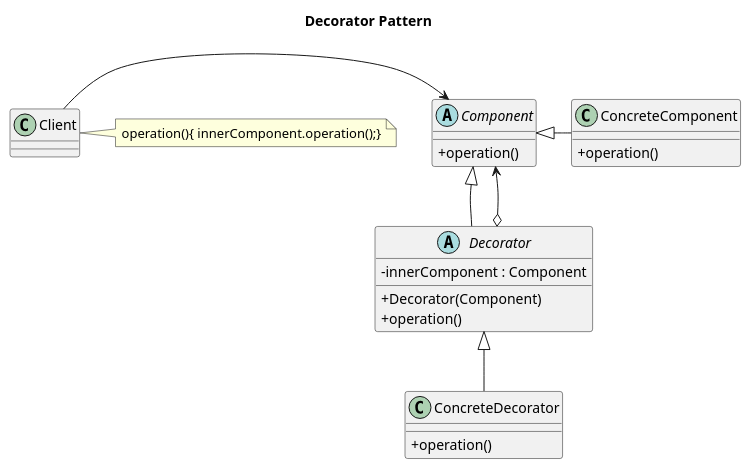
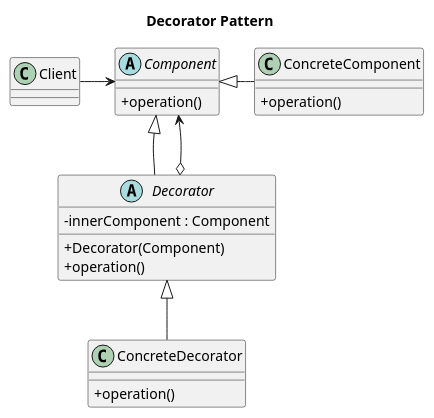
Before and after one commit to elmarkrainz/msd18-swdesign-despat: the diagram in src/main/java/at/fhj/msd/swdesign/decorator/decorator.puml, drawn with PlantUML. The commit also changed 11 other files, not shown here.

```diff
--- a/src/main/java/at/fhj/msd/swdesign/decorator/decorator.puml
+++ b/src/main/java/at/fhj/msd/swdesign/decorator/decorator.puml
@@ -1,38 +1,37 @@
 @startuml
 
 
 
 skinparam classAttributeIconSize 0
 title Decorator Pattern
 
 
 abstract class Component
 class ConcreteComponent
 abstract class Decorator
 class ConcreteDecorator
 
 
 Component : + operation()
 
 
 Component <|- ConcreteComponent
 Client -> Component
 
 Decorator : - innerComponent : Component
 Decorator : + Decorator(Component)
 Decorator : + operation()
 
-note right: operation(){ innerComponent.operation();}
 
 
 ConcreteDecorator : + operation()
 ConcreteComponent : + operation()
 
 Component <|-- Decorator
 
 Decorator <|-- ConcreteDecorator
 Component <--o Decorator
 
 
 
 @enduml
```
